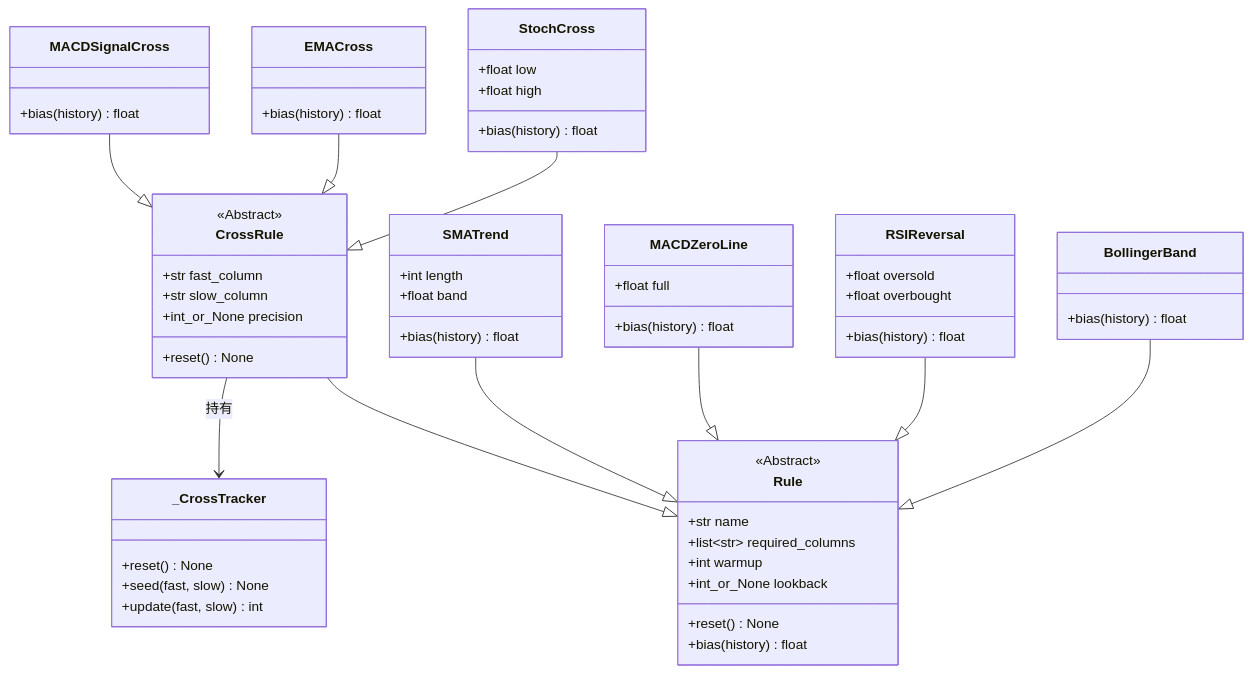
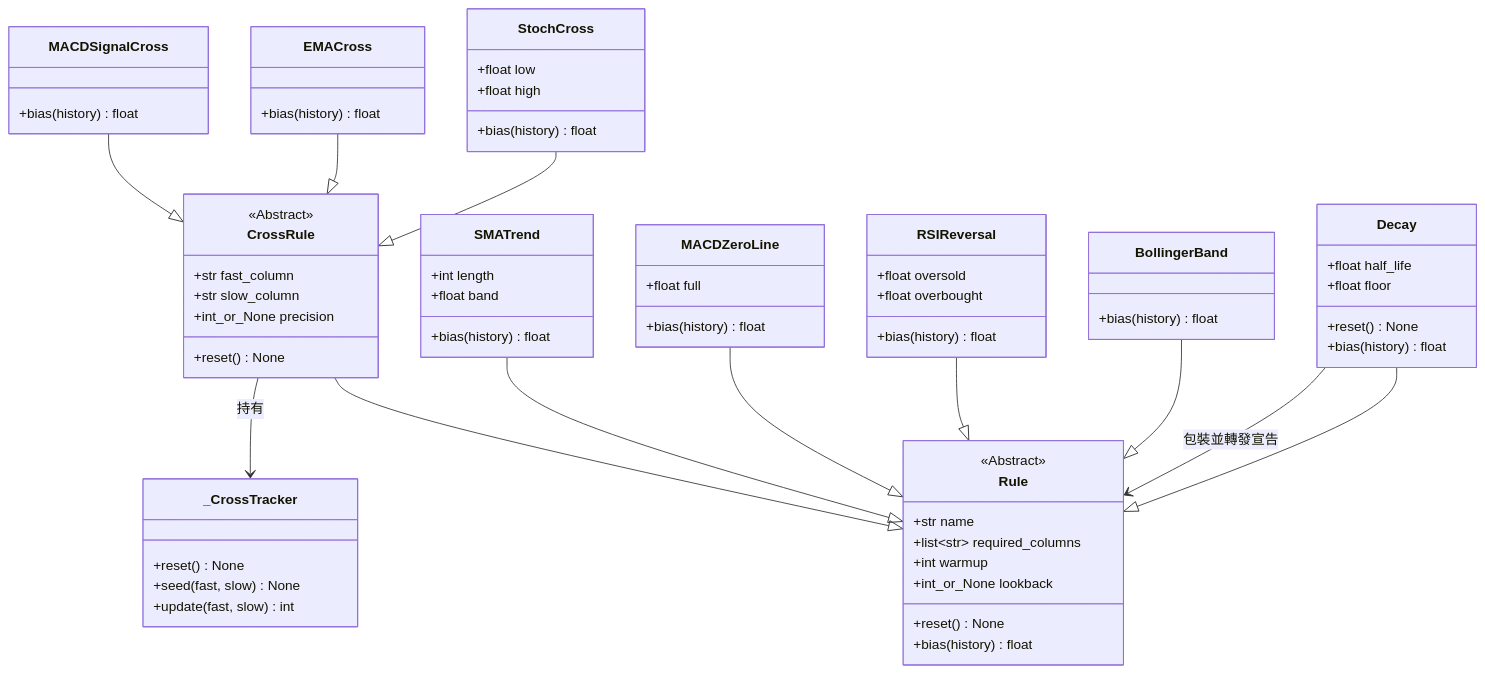
One commit to JialaChang/Discord-Stock-Bot changed the second of 7 diagrams in docs/UML.md. Above: the diagram before and after it, drawn with Mermaid. The commit also changed other lines of this file and 10 other files, not shown here.

Commit message:
feat(quant): introduce Decay rule to fade event opinions over time

````diff
--- a/docs/UML.md
+++ b/docs/UML.md
@@ -82,73 +82,82 @@
 ```mermaid
 classDiagram
     direction TB
 
     class Rule {
         <<Abstract>>
         +str name
         +list~str~ required_columns
         +int warmup
         +int_or_None lookback
         +reset() None
         +bias(history) float
     }
 
     class CrossRule {
         <<Abstract>>
         +str fast_column
         +str slow_column
         +int_or_None precision
         +reset() None
     }
 
     class _CrossTracker {
         +reset() None
         +seed(fast, slow) None
         +update(fast, slow) int
     }
 
     class SMATrend {
         +int length
         +float band
         +bias(history) float
     }
 
     class MACDZeroLine {
         +float full
         +bias(history) float
     }
 
     class RSIReversal {
         +float oversold
         +float overbought
         +bias(history) float
     }
 
     class StochCross {
         +float low
         +float high
         +bias(history) float
     }
 
     class EMACross {
         +bias(history) float
     }
 
     class BollingerBand {
         +bias(history) float
     }
 
     class MACDSignalCross {
         +bias(history) float
     }
 
+    class Decay {
+        +float half_life
+        +float floor
+        +reset() None
+        +bias(history) float
+    }
+
     CrossRule --|> Rule
     SMATrend --|> Rule
     MACDZeroLine --|> Rule
     RSIReversal --|> Rule
     BollingerBand --|> Rule
+    Decay --|> Rule
     StochCross --|> CrossRule
     EMACross --|> CrossRule
     MACDSignalCross --|> CrossRule
     CrossRule --> _CrossTracker : 持有
+    Decay --> Rule : 包裝並轉發宣告
 ```
````
